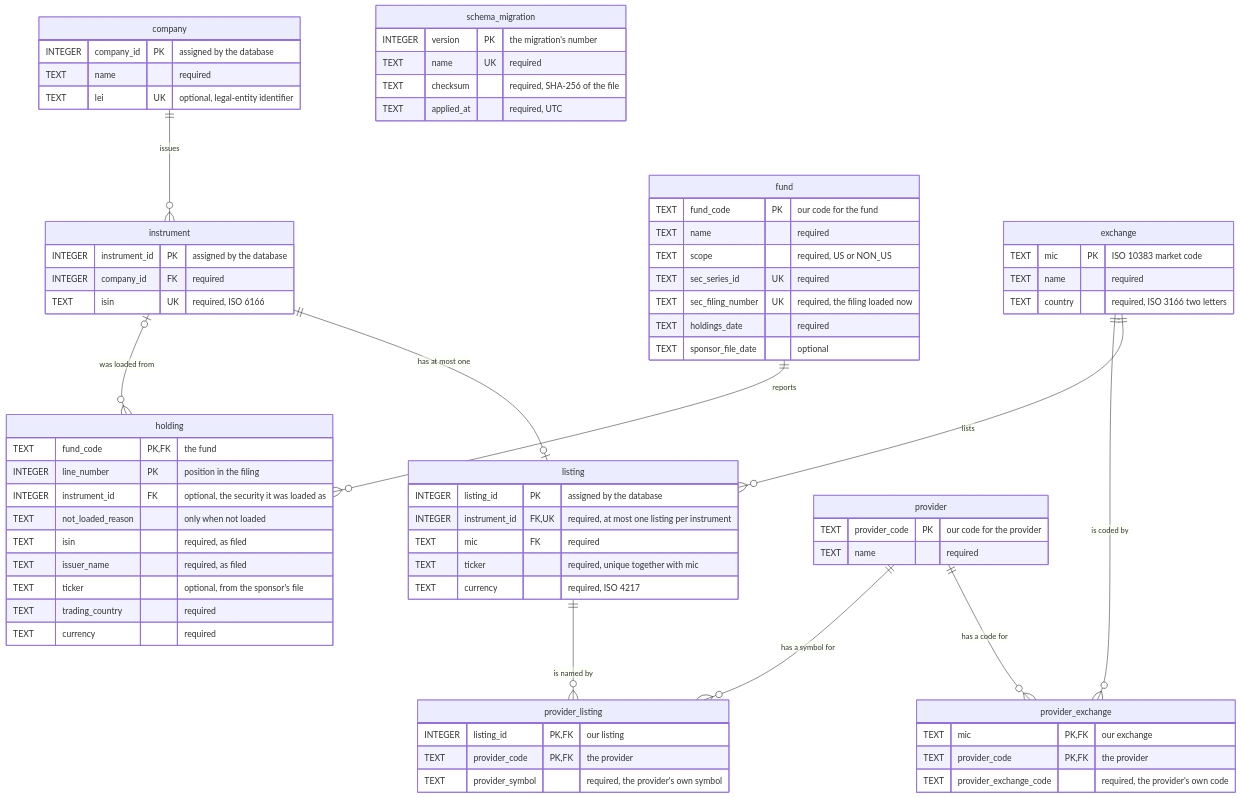
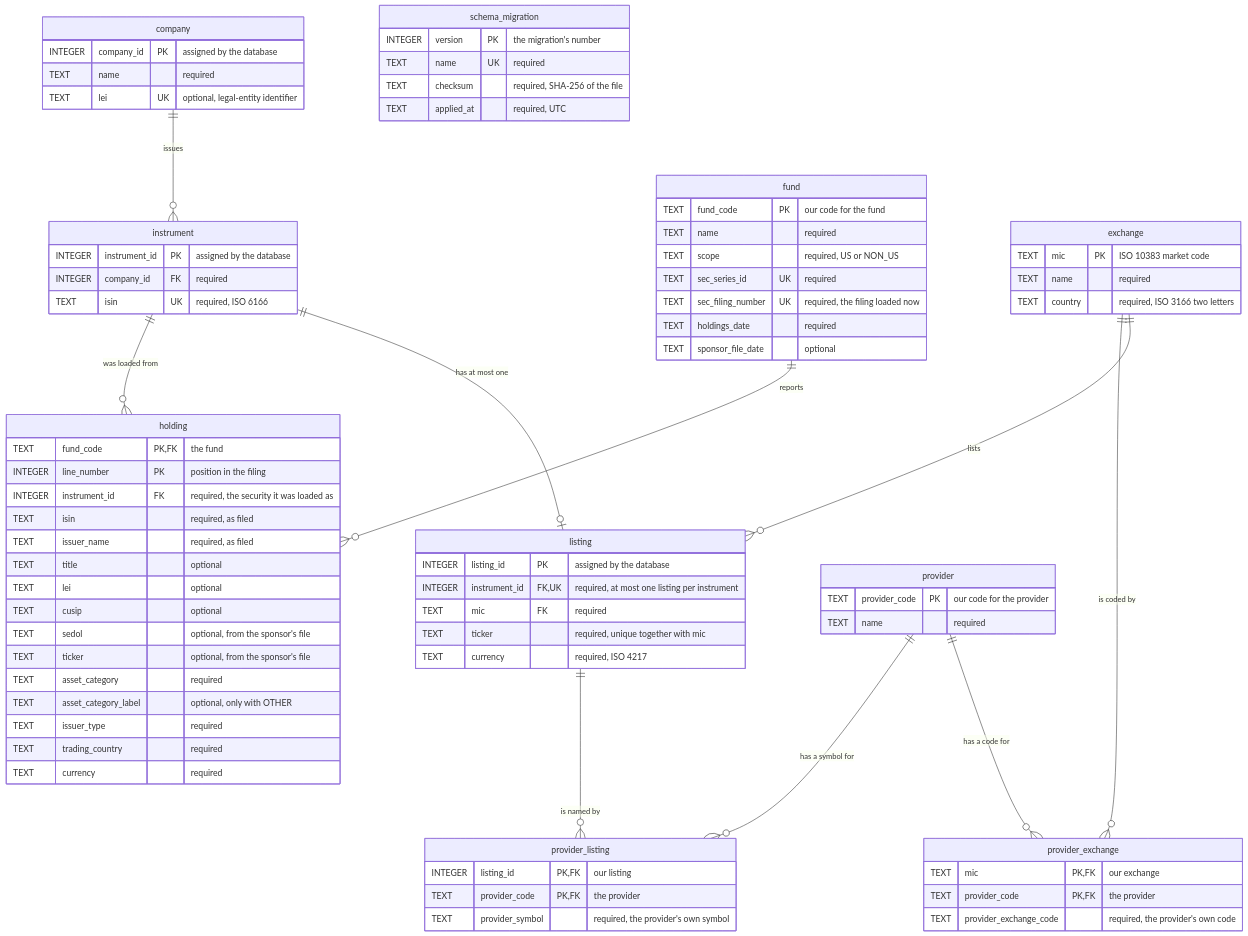
The diagram in docs/database/README.md (emretezel/pyvalue-next), drawn with Mermaid before and after one commit. The commit also changed other lines of this file and 17 other files, not shown here.

````diff
--- a/docs/database/README.md
+++ b/docs/database/README.md
@@ -28,75 +28,81 @@
 ```mermaid
 erDiagram
     company ||--o{ instrument : "issues"
     instrument ||--o| listing : "has at most one"
     fund ||--o{ holding : "reports"
-    instrument |o--o{ holding : "was loaded from"
+    instrument ||--o{ holding : "was loaded from"
     exchange ||--o{ listing : "lists"
     provider ||--o{ provider_exchange : "has a code for"
     exchange ||--o{ provider_exchange : "is coded by"
     provider ||--o{ provider_listing : "has a symbol for"
     listing ||--o{ provider_listing : "is named by"
 
     exchange {
         TEXT mic PK "ISO 10383 market code"
         TEXT name "required"
         TEXT country "required, ISO 3166 two letters"
     }
     company {
         INTEGER company_id PK "assigned by the database"
         TEXT name "required"
         TEXT lei UK "optional, legal-entity identifier"
     }
     instrument {
         INTEGER instrument_id PK "assigned by the database"
         INTEGER company_id FK "required"
         TEXT isin UK "required, ISO 6166"
     }
     listing {
         INTEGER listing_id PK "assigned by the database"
         INTEGER instrument_id FK, UK "required, at most one listing per instrument"
         TEXT mic FK "required"
         TEXT ticker "required, unique together with mic"
         TEXT currency "required, ISO 4217"
     }
     fund {
         TEXT fund_code PK "our code for the fund"
         TEXT name "required"
         TEXT scope "required, US or NON_US"
         TEXT sec_series_id UK "required"
         TEXT sec_filing_number UK "required, the filing loaded now"
         TEXT holdings_date "required"
         TEXT sponsor_file_date "optional"
     }
     holding {
         TEXT fund_code PK, FK "the fund"
         INTEGER line_number PK "position in the filing"
-        INTEGER instrument_id FK "optional, the security it was loaded as"
-        TEXT not_loaded_reason "only when not loaded"
+        INTEGER instrument_id FK "required, the security it was loaded as"
         TEXT isin "required, as filed"
         TEXT issuer_name "required, as filed"
+        TEXT title "optional"
+        TEXT lei "optional"
+        TEXT cusip "optional"
+        TEXT sedol "optional, from the sponsor's file"
         TEXT ticker "optional, from the sponsor's file"
+        TEXT asset_category "required"
+        TEXT asset_category_label "optional, only with OTHER"
+        TEXT issuer_type "required"
         TEXT trading_country "required"
         TEXT currency "required"
     }
     provider {
         TEXT provider_code PK "our code for the provider"
         TEXT name "required"
     }
     provider_exchange {
         TEXT mic PK, FK "our exchange"
         TEXT provider_code PK, FK "the provider"
         TEXT provider_exchange_code "required, the provider's own code"
     }
     provider_listing {
         INTEGER listing_id PK, FK "our listing"
         TEXT provider_code PK, FK "the provider"
         TEXT provider_symbol "required, the provider's own symbol"
     }
     schema_migration {
         INTEGER version PK "the migration's number"
         TEXT name UK "required"
         TEXT checksum "required, SHA-256 of the file"
         TEXT applied_at "required, UTC"
     }
 ```
````
